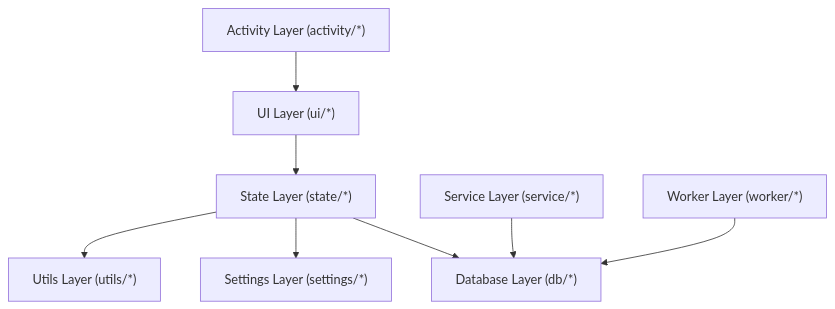
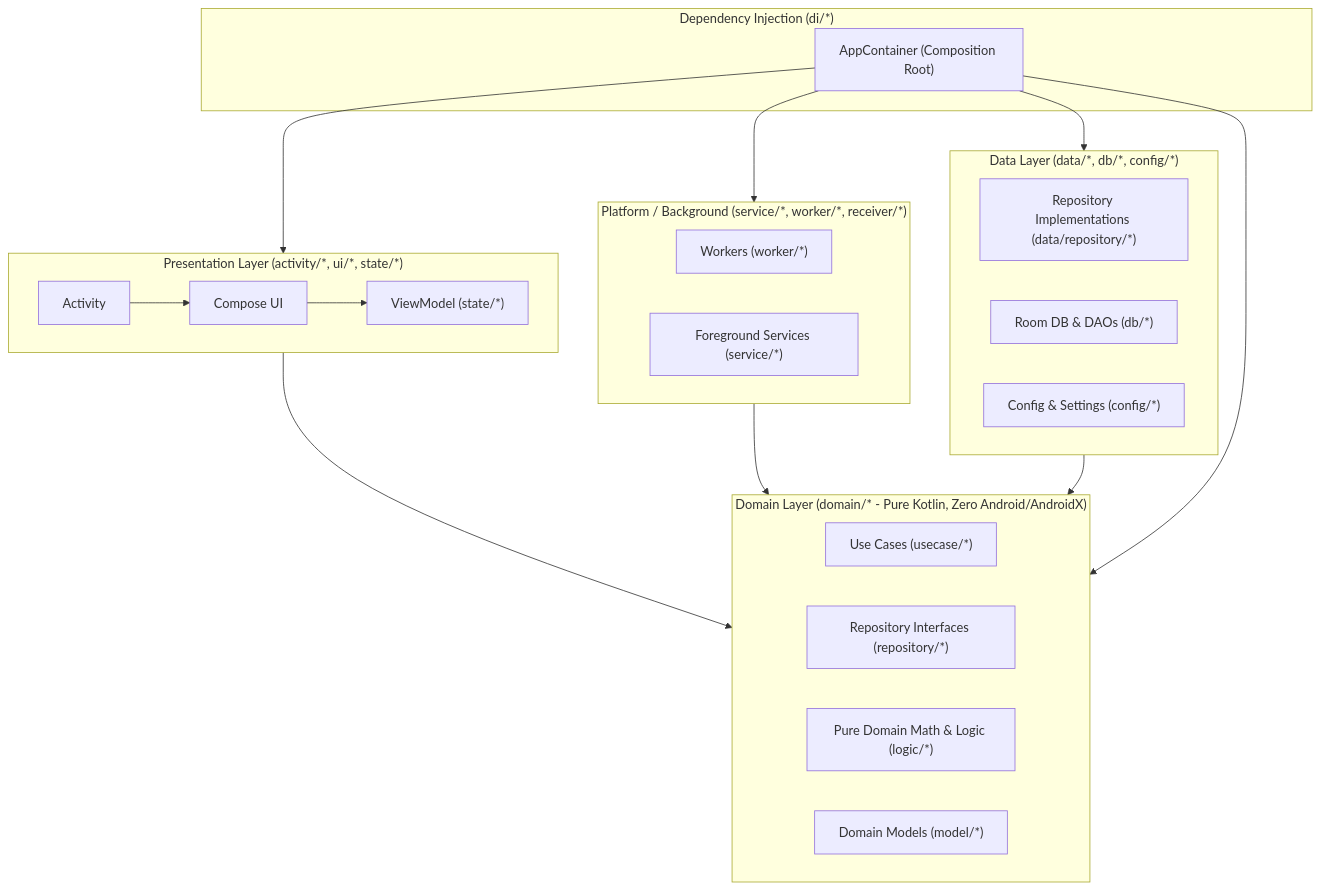
The diagram in docs/architecture.md (notnancldr/nanhistory_app), drawn with Mermaid before and after one commit. The commit also changed other lines of this file and 1 other file, not shown here.

Commit message:
docs(arch): update architecture and packages documentation for clean architecture

````diff
--- a/docs/architecture.md
+++ b/docs/architecture.md
@@ -20,11 +23,37 @@
 ```mermaid
 flowchart TD
-    Activity["Activity Layer (activity/*)"] --> UI["UI Layer (ui/*)"]
-    UI --> State["State Layer (state/*)"]
-    State --> DB["Database Layer (db/*)"]
-    State --> Settings["Settings Layer (settings/*)"]
-    State --> Utils["Utils Layer (utils/*)"]
-    
-    Service["Service Layer (service/*)"] --> DB
-    Worker["Worker Layer (worker/*)"] --> DB
+    subgraph Presentation["Presentation Layer (activity/*, ui/*, state/*)"]
+        Activity["Activity"] --> UI["Compose UI"]
+        UI --> ViewModel["ViewModel (state/*)"]
+    end
+
+    subgraph DI["Dependency Injection (di/*)"]
+        AppContainer["AppContainer (Composition Root)"]
+    end
+
+    subgraph Domain["Domain Layer (domain/* - Pure Kotlin, Zero Android/AndroidX)"]
+        UseCase["Use Cases (usecase/*)"]
+        RepositoryPort["Repository Interfaces (repository/*)"]
+        DomainLogic["Pure Domain Math & Logic (logic/*)"]
+        DomainModel["Domain Models (model/*)"]
+    end
+
+    subgraph Data["Data Layer (data/*, db/*, config/*)"]
+        RepoImpl["Repository Implementations (data/repository/*)"]
+        RoomDB["Room DB & DAOs (db/*)"]
+        ConfigStorage["Config & Settings (config/*)"]
+    end
+
+    subgraph Platform["Platform / Background (service/*, worker/*, receiver/*)"]
+        Workers["Workers (worker/*)"]
+        Services["Foreground Services (service/*)"]
+    end
+
+    Presentation --> Domain
+    Platform --> Domain
+    Data --> Domain
+    AppContainer --> Presentation
+    AppContainer --> Domain
+    AppContainer --> Data
+    AppContainer --> Platform
 ```
````
